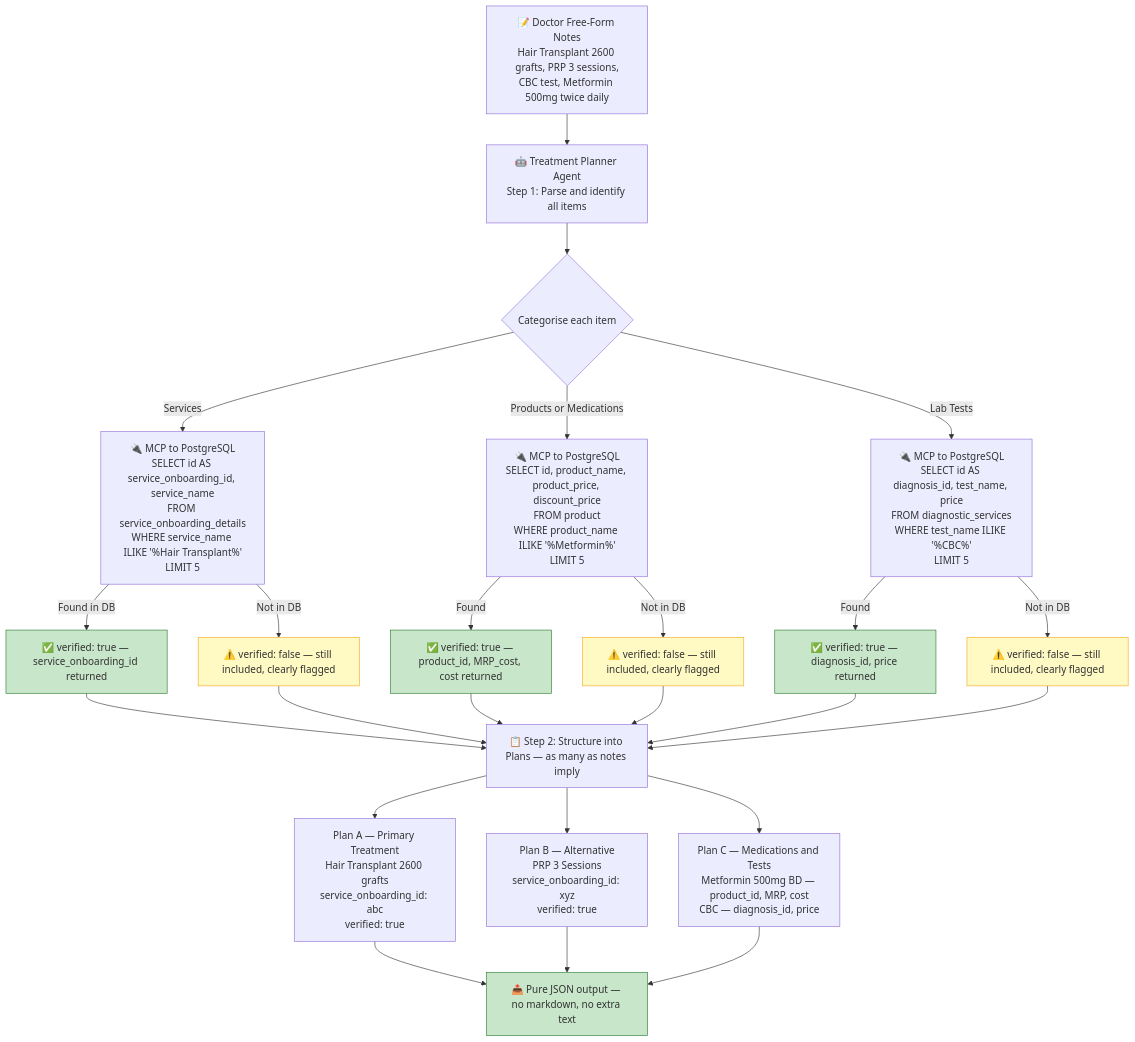
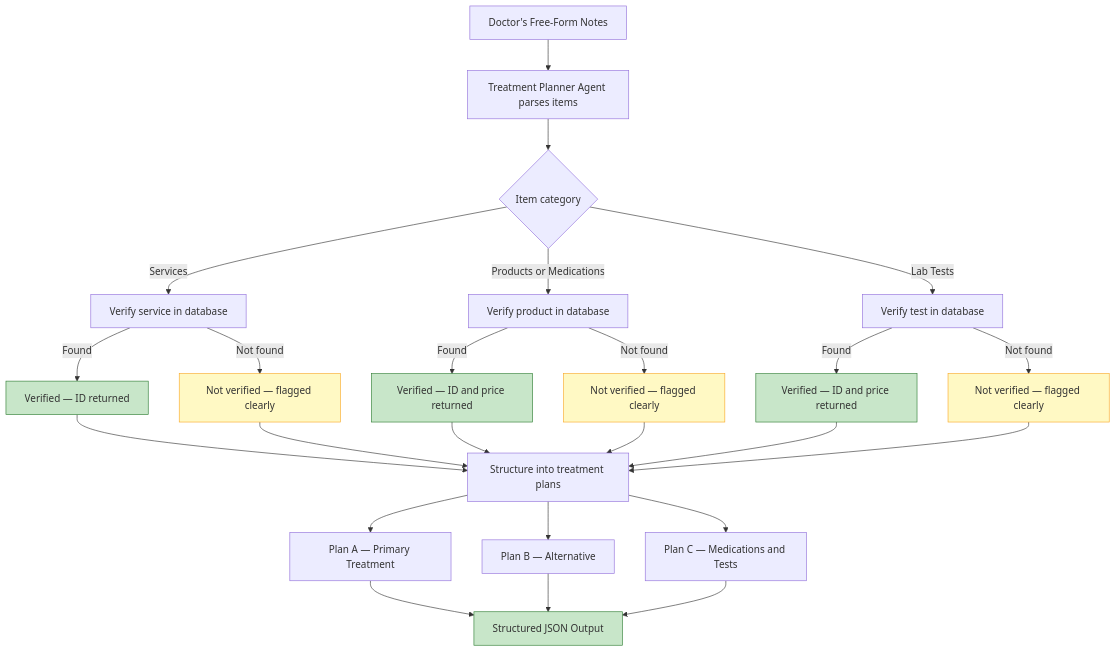
One commit to harshbhaskerwar/markdown-tests changed the tenth of 16 diagrams in README.md. Above: the diagram before and after it, drawn with Mermaid. The commit also changed other lines of this file, not shown here.

````diff
--- a/README.md
+++ b/README.md
@@ -486,47 +442,41 @@
 ```mermaid
 flowchart TD
-    NOTES["📝 Doctor Free-Form Notes\nHair Transplant 2600 grafts, PRP 3 sessions,\nCBC test, Metformin 500mg twice daily"]
+    NOTES["Doctor's Free-Form Notes"] --> PARSE["Treatment Planner Agent parses items"]
+    PARSE --> ITEMS{"Item category"}
 
-    NOTES --> PARSE["🤖 Treatment Planner Agent\nStep 1: Parse and identify all items"]
-    PARSE --> ITEMS{"Categorise each item"}
-    
-    ITEMS -->|"Services"| SVC_VERIFY["🔌 MCP to PostgreSQL\nSELECT id AS service_onboarding_id, service_name\nFROM service_onboarding_details\nWHERE service_name ILIKE '%Hair Transplant%'\nLIMIT 5"]
-    
-    ITEMS -->|"Products or Medications"| PROD_VERIFY["🔌 MCP to PostgreSQL\nSELECT id, product_name, product_price, discount_price\nFROM product\nWHERE product_name ILIKE '%Metformin%'\nLIMIT 5"]
-    
-    ITEMS -->|"Lab Tests"| LAB_VERIFY["🔌 MCP to PostgreSQL\nSELECT id AS diagnosis_id, test_name, price\nFROM diagnostic_services\nWHERE test_name ILIKE '%CBC%'\nLIMIT 5"]
+    ITEMS -->|"Services"| SVC_VERIFY["Verify service in database"]
+    ITEMS -->|"Products or Medications"| PROD_VERIFY["Verify product in database"]
+    ITEMS -->|"Lab Tests"| LAB_VERIFY["Verify test in database"]
 
-    SVC_VERIFY -->|"Found in DB"| SVC_OK["✅ verified: true — service_onboarding_id returned"]
-    SVC_VERIFY -->|"Not in DB"| SVC_MISS["⚠️ verified: false — still included, clearly flagged"]
+    SVC_VERIFY -->|"Found"| SVC_OK["Verified — ID returned"]
+    SVC_VERIFY -->|"Not found"| SVC_MISS["Not verified — flagged clearly"]
 
-    PROD_VERIFY -->|"Found"| PROD_OK["✅ verified: true — product_id, MRP_cost, cost returned"]
-    PROD_VERIFY -->|"Not in DB"| PROD_MISS["⚠️ verified: false — still included, clearly flagged"]
+    PROD_VERIFY -->|"Found"| PROD_OK["Verified — ID and price returned"]
+    PROD_VERIFY -->|"Not found"| PROD_MISS["Not verified — flagged clearly"]
 
-    LAB_VERIFY -->|"Found"| LAB_OK["✅ verified: true — diagnosis_id, price returned"]
-    LAB_VERIFY -->|"Not in DB"| LAB_MISS["⚠️ verified: false — still included, clearly flagged"]
+    LAB_VERIFY -->|"Found"| LAB_OK["Verified — ID and price returned"]
+    LAB_VERIFY -->|"Not found"| LAB_MISS["Not verified — flagged clearly"]
 
-    SVC_OK --> STRUCTURE
+    SVC_OK --> STRUCTURE["Structure into treatment plans"]
     SVC_MISS --> STRUCTURE
     PROD_OK --> STRUCTURE
     PROD_MISS --> STRUCTURE
     LAB_OK --> STRUCTURE
     LAB_MISS --> STRUCTURE
 
-    STRUCTURE["📋 Step 2: Structure into Plans — as many as notes imply"]
-    
-    STRUCTURE --> PLAN_A["Plan A — Primary Treatment\nHair Transplant 2600 grafts\nservice_onboarding_id: abc\nverified: true"]
-    STRUCTURE --> PLAN_B["Plan B — Alternative\nPRP 3 Sessions\nservice_onboarding_id: xyz\nverified: true"]
-    STRUCTURE --> PLAN_C["Plan C — Medications and Tests\nMetformin 500mg BD — product_id, MRP, cost\nCBC — diagnosis_id, price"]
+    STRUCTURE --> PLAN_A["Plan A — Primary Treatment"]
+    STRUCTURE --> PLAN_B["Plan B — Alternative"]
+    STRUCTURE --> PLAN_C["Plan C — Medications and Tests"]
 
-    PLAN_A --> JSON_OUT["📤 Pure JSON output — no markdown, no extra text"]
+    PLAN_A --> JSON_OUT["Structured JSON Output"]
     PLAN_B --> JSON_OUT
     PLAN_C --> JSON_OUT
 
     style SVC_OK fill:#c8e6c9,stroke:#2e7d32
     style PROD_OK fill:#c8e6c9,stroke:#2e7d32
     style LAB_OK fill:#c8e6c9,stroke:#2e7d32
     style SVC_MISS fill:#fff9c4,stroke:#f9a825
     style PROD_MISS fill:#fff9c4,stroke:#f9a825
     style LAB_MISS fill:#fff9c4,stroke:#f9a825
     style JSON_OUT fill:#c8e6c9,stroke:#2e7d32
 ```
````
